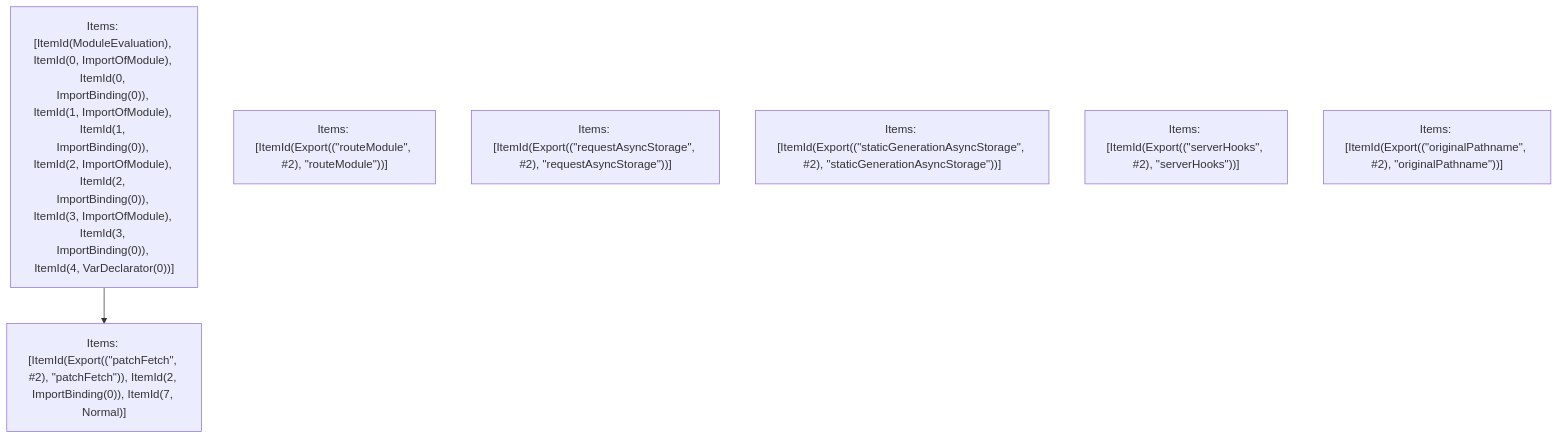
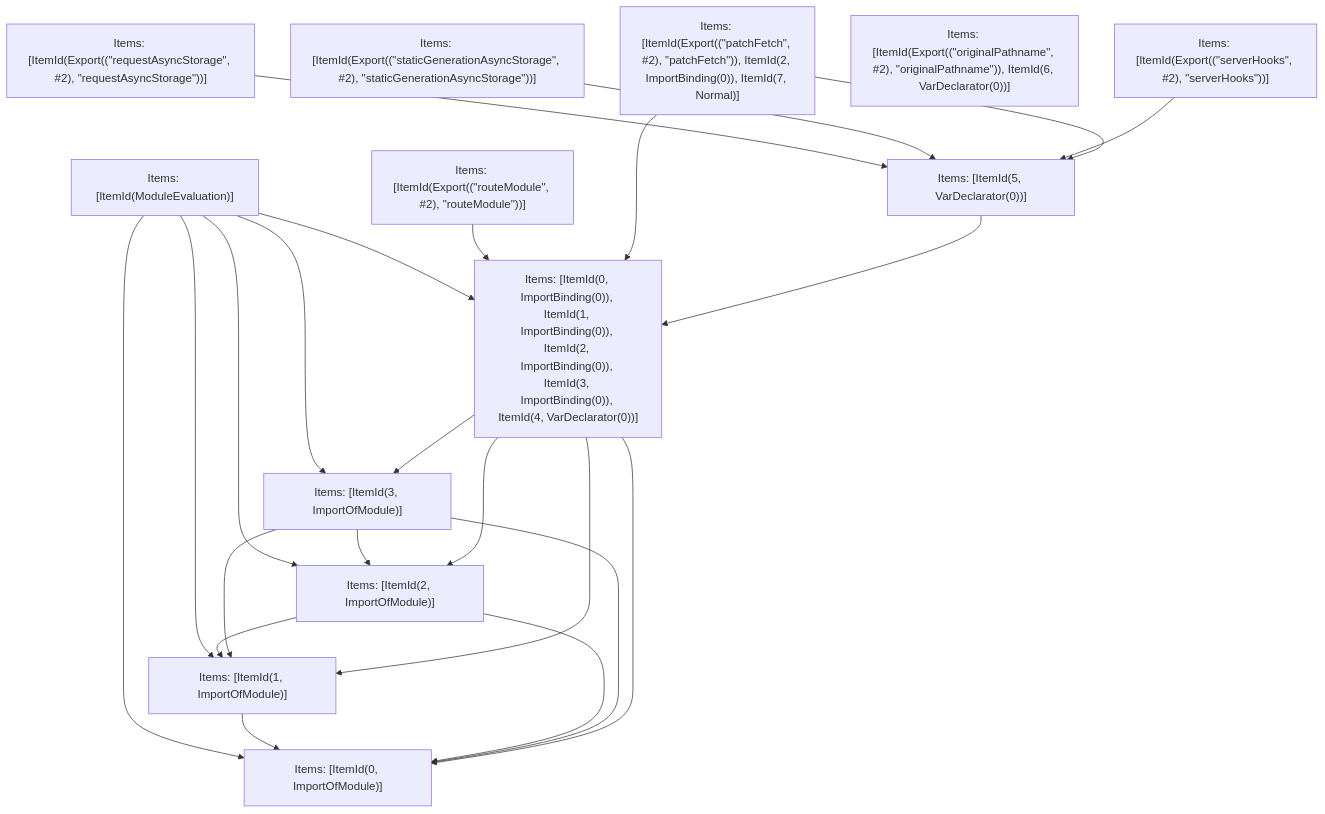
The fifth of 5 diagrams in crates/turbopack-ecmascript/tests/tree-shaker/analyzer/app-route/output.md (vercel/turborepo), drawn with Mermaid before and after one commit. The commit also changed other lines of this file and 20 other files, not shown here.

````diff
--- a/crates/turbopack-ecmascript/tests/tree-shaker/analyzer/app-route/output.md
+++ b/crates/turbopack-ecmascript/tests/tree-shaker/analyzer/app-route/output.md
@@ -335,11 +333,38 @@
 ```mermaid
 graph TD
-    N0["Items: [ItemId(ModuleEvaluation), ItemId(0, ImportOfModule), ItemId(0, ImportBinding(0)), ItemId(1, ImportOfModule), ItemId(1, ImportBinding(0)), ItemId(2, ImportOfModule), ItemId(2, ImportBinding(0)), ItemId(3, ImportOfModule), ItemId(3, ImportBinding(0)), ItemId(4, VarDeclarator(0))]"];
+    N0["Items: [ItemId(ModuleEvaluation)]"];
     N1["Items: [ItemId(Export((&quot;routeModule&quot;, #2), &quot;routeModule&quot;))]"];
     N2["Items: [ItemId(Export((&quot;requestAsyncStorage&quot;, #2), &quot;requestAsyncStorage&quot;))]"];
     N3["Items: [ItemId(Export((&quot;staticGenerationAsyncStorage&quot;, #2), &quot;staticGenerationAsyncStorage&quot;))]"];
     N4["Items: [ItemId(Export((&quot;serverHooks&quot;, #2), &quot;serverHooks&quot;))]"];
-    N5["Items: [ItemId(Export((&quot;originalPathname&quot;, #2), &quot;originalPathname&quot;))]"];
+    N5["Items: [ItemId(Export((&quot;originalPathname&quot;, #2), &quot;originalPathname&quot;)), ItemId(6, VarDeclarator(0))]"];
     N6["Items: [ItemId(Export((&quot;patchFetch&quot;, #2), &quot;patchFetch&quot;)), ItemId(2, ImportBinding(0)), ItemId(7, Normal)]"];
-    N0 --> N6;
+    N7["Items: [ItemId(0, ImportOfModule)]"];
+    N8["Items: [ItemId(1, ImportOfModule)]"];
+    N9["Items: [ItemId(2, ImportOfModule)]"];
+    N10["Items: [ItemId(3, ImportOfModule)]"];
+    N11["Items: [ItemId(0, ImportBinding(0)), ItemId(1, ImportBinding(0)), ItemId(2, ImportBinding(0)), ItemId(3, ImportBinding(0)), ItemId(4, VarDeclarator(0))]"];
+    N12["Items: [ItemId(5, VarDeclarator(0))]"];
+    N0 --> N7;
+    N0 --> N8;
+    N0 --> N9;
+    N0 --> N10;
+    N0 --> N11;
+    N1 --> N11;
+    N2 --> N12;
+    N3 --> N12;
+    N4 --> N12;
+    N6 --> N11;
+    N6 --> N12;
+    N8 --> N7;
+    N9 --> N7;
+    N9 --> N8;
+    N10 --> N7;
+    N10 --> N8;
+    N10 --> N9;
+    N11 --> N7;
+    N11 --> N8;
+    N11 --> N9;
+    N11 --> N10;
+    N12 --> N11;
 ```
````
